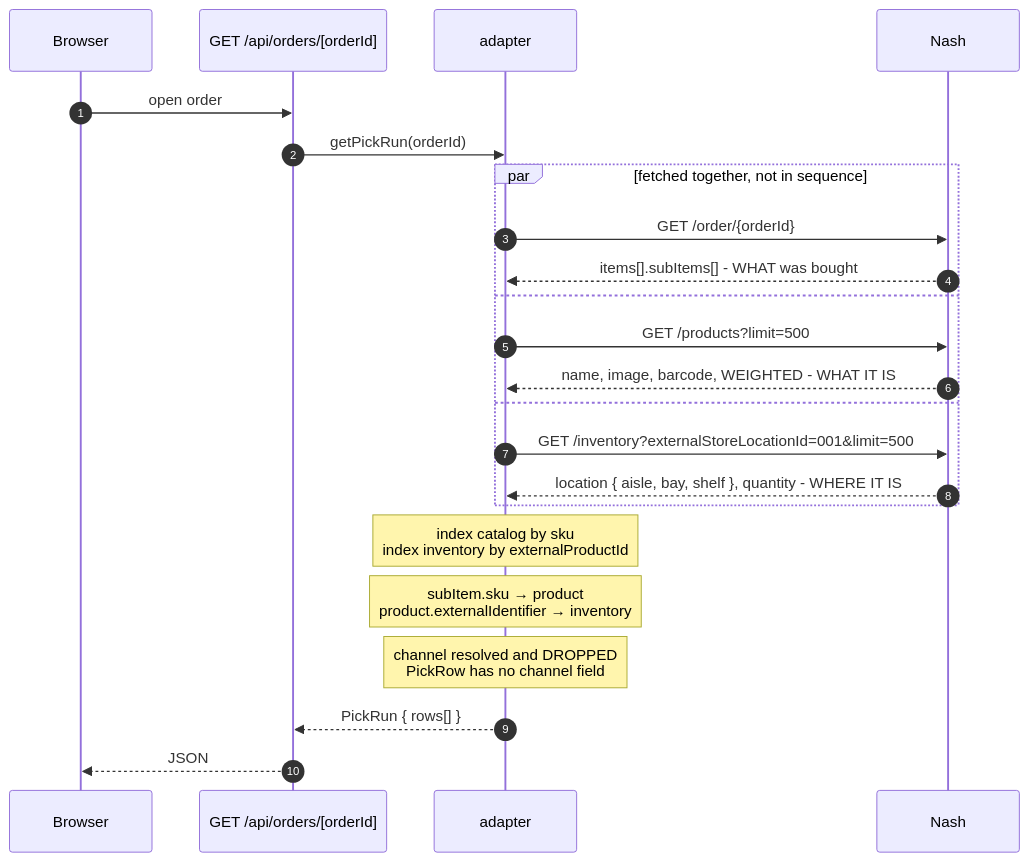
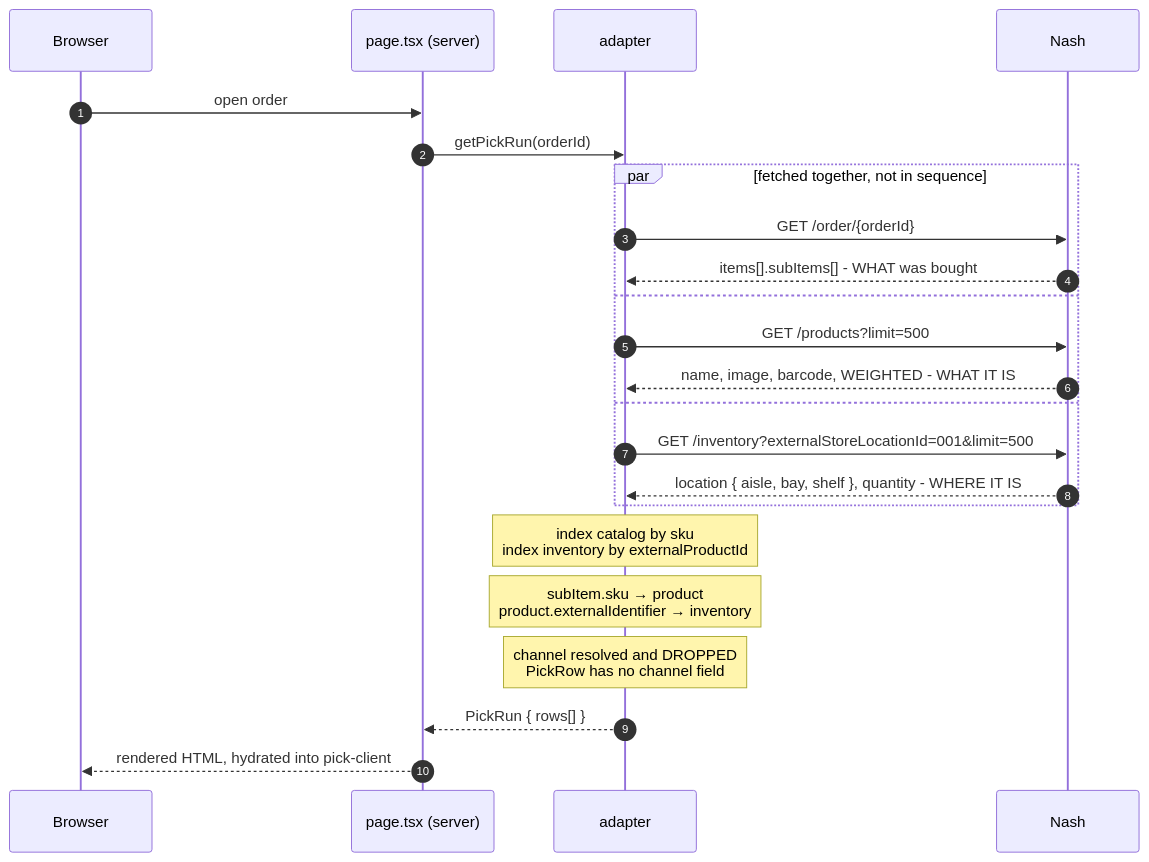
The third of 4 diagrams in docs/API-FLOW.md (shawn-dsz/nash-picker), drawn with Mermaid before and after one commit. The commit also changed other lines of this file, not shown here.

First line of the commit message:
docs: correct the read path - server components, not a browser BFF

````diff
--- a/docs/API-FLOW.md
+++ b/docs/API-FLOW.md
@@ -106,26 +129,26 @@
 ```mermaid
 sequenceDiagram
   autonumber
   participant B as Browser
-  participant R as GET /api/orders/[orderId]
+  participant R as page.tsx (server)
   participant A as adapter
   participant N as Nash
 
   B->>R: open order
   R->>A: getPickRun(orderId)
   par fetched together, not in sequence
     A->>N: GET /order/{orderId}
     N-->>A: items[].subItems[] - WHAT was bought
   and
     A->>N: GET /products?limit=500
     N-->>A: name, image, barcode, WEIGHTED - WHAT IT IS
   and
     A->>N: GET /inventory?externalStoreLocationId=001&limit=500
     N-->>A: location { aisle, bay, shelf }, quantity - WHERE IT IS
   end
   Note over A: index catalog by sku<br/>index inventory by externalProductId
   Note over A: subItem.sku → product<br/>product.externalIdentifier → inventory
   Note over A: channel resolved and DROPPED<br/>PickRow has no channel field
   A-->>R: PickRun { rows[] }
-  R-->>B: JSON
+  R-->>B: rendered HTML, hydrated into pick-client
 ```
````
